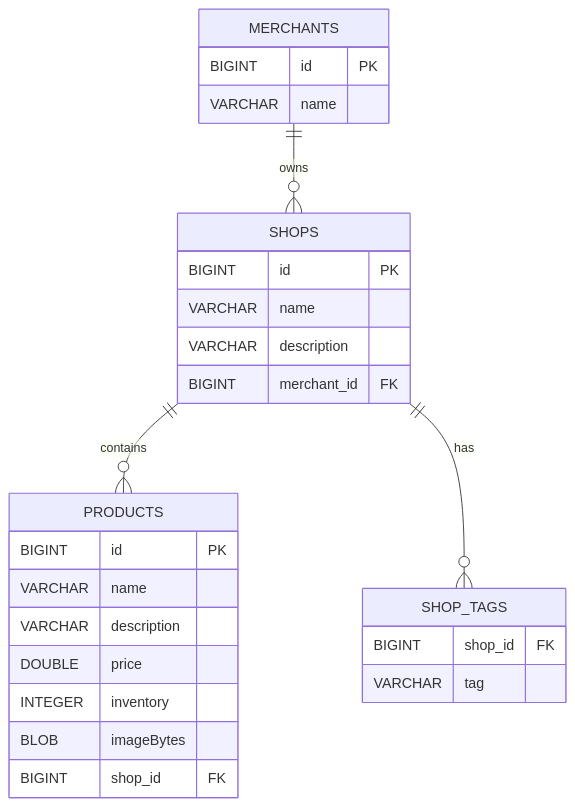
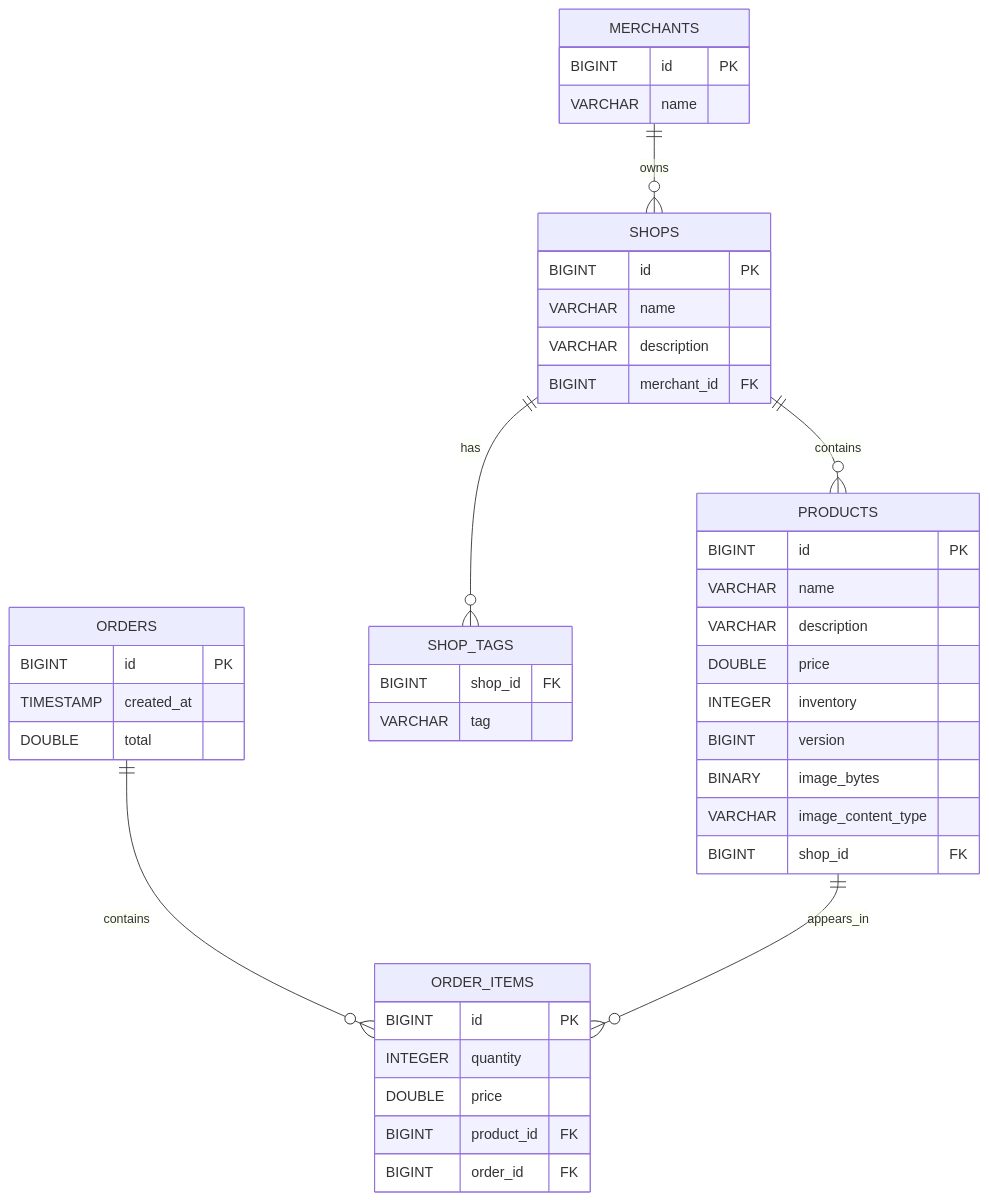
Before and after one commit to Peter-Tourkoyiannis/SYSC-4806-Group: the diagram in docs/database-schema.md, drawn with Mermaid. The commit also changed other lines of this file, not shown here.

Commit message:
docs: updated database schema for milestone 2

````diff
--- a/docs/database-schema.md
+++ b/docs/database-schema.md
@@ -5,33 +5,51 @@
 ```mermaid
 erDiagram
     MERCHANTS ||--o{ SHOPS : owns
     SHOPS ||--o{ PRODUCTS : contains
     SHOPS ||--o{ SHOP_TAGS : has
+    ORDERS ||--o{ ORDER_ITEMS : contains
+    PRODUCTS ||--o{ ORDER_ITEMS : appears_in
 
     MERCHANTS {
         BIGINT id PK
         VARCHAR name
     }
 
     SHOPS {
         BIGINT id PK
         VARCHAR name
         VARCHAR description
         BIGINT merchant_id FK
     }
 
     PRODUCTS {
         BIGINT id PK
         VARCHAR name
         VARCHAR description
         DOUBLE price
         INTEGER inventory
-        BLOB imageBytes
+        BIGINT version
+        BINARY image_bytes
+        VARCHAR image_content_type
         BIGINT shop_id FK
     }
 
     SHOP_TAGS {
         BIGINT shop_id FK
         VARCHAR tag
     }
+
+    ORDERS {
+        BIGINT id PK
+        TIMESTAMP created_at
+        DOUBLE total
+    }
+
+    ORDER_ITEMS {
+        BIGINT id PK
+        INTEGER quantity
+        DOUBLE price
+        BIGINT product_id FK
+        BIGINT order_id FK
+    }
 ```
````
